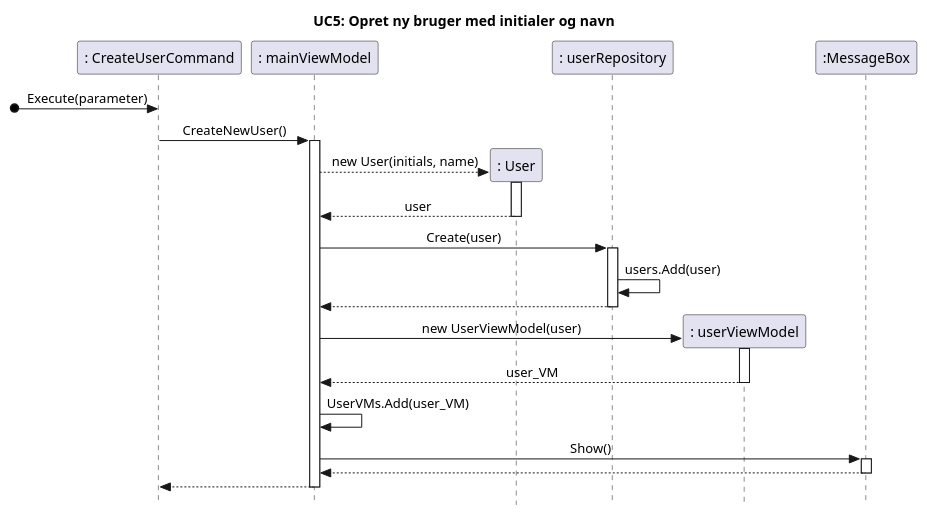
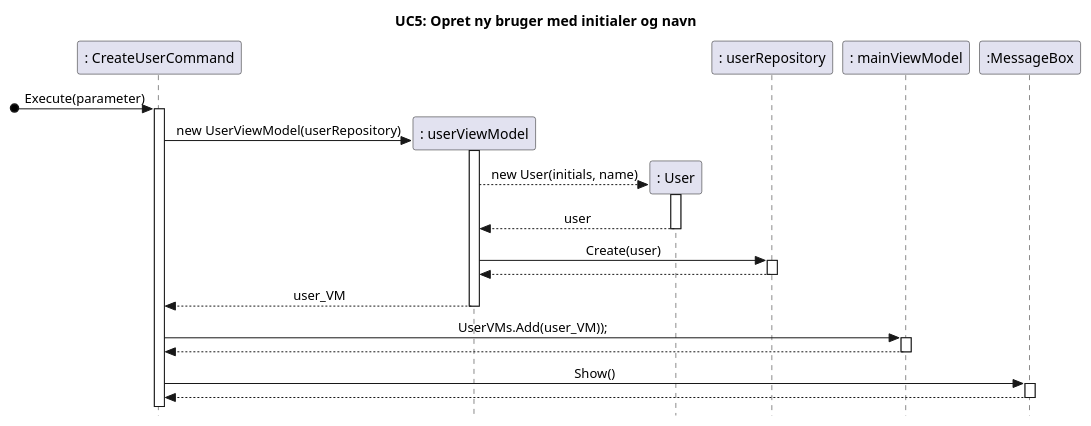
The diagram in Diagrams/UC_5_SD_Opret ny bruger med initialer og navn.plantuml (ToothbrushPenguin/DM-TeamX-2.Semester), drawn with PlantUML before and after one commit. The commit also changed 2 other files, not shown here.

```diff
--- a/Diagrams/UC_5_SD_Opret ny bruger med initialer og navn.plantuml
+++ b/Diagrams/UC_5_SD_Opret ny bruger med initialer og navn.plantuml
@@ -1,34 +1,35 @@
 @startuml
 skinparam style strictuml
 skinparam sequenceMessageAlign center
 title UC5: Opret ny bruger med initialer og navn
 
 
 participant ": CreateUserCommand" as CUC
-participant ": mainViewModel" as mvm
+participant ": userViewModel" as uvm
 participant ": User" as U
 participant ": userRepository" as urepo
+participant ": mainViewModel" as mvm
 
-participant ": userViewModel" as uvm
+
+
+
 
 participant ":MessageBox" as MB
 
-[o-> CUC: Execute(parameter)
-    CUC -> mvm ++: CreateNewUser()
+[o-> CUC++: Execute(parameter)
+    create uvm
+    CUC -> uvm ++: new UserViewModel(userRepository)
         create U
-        mvm --> U ++: new User(initials, name)
+        uvm --> U ++: new User(initials, name)
         return user
-        mvm -> urepo ++: Create(user)
-        urepo -> urepo : users.Add(user)    
+        uvm -> urepo ++: Create(user)
+        
         return 
+    return user_VM
+    CUC -> mvm ++: UserVMs.Add(user_VM));             
         
-        create uvm
-        mvm -> uvm ++: new UserViewModel(user)
-        return user_VM
-        mvm -> mvm: UserVMs.Add(user_VM)
-                
-        mvm -> MB ++: Show()
-        return
+    return
+    CUC -> MB ++: Show()
     return
 
 @enduml
```
